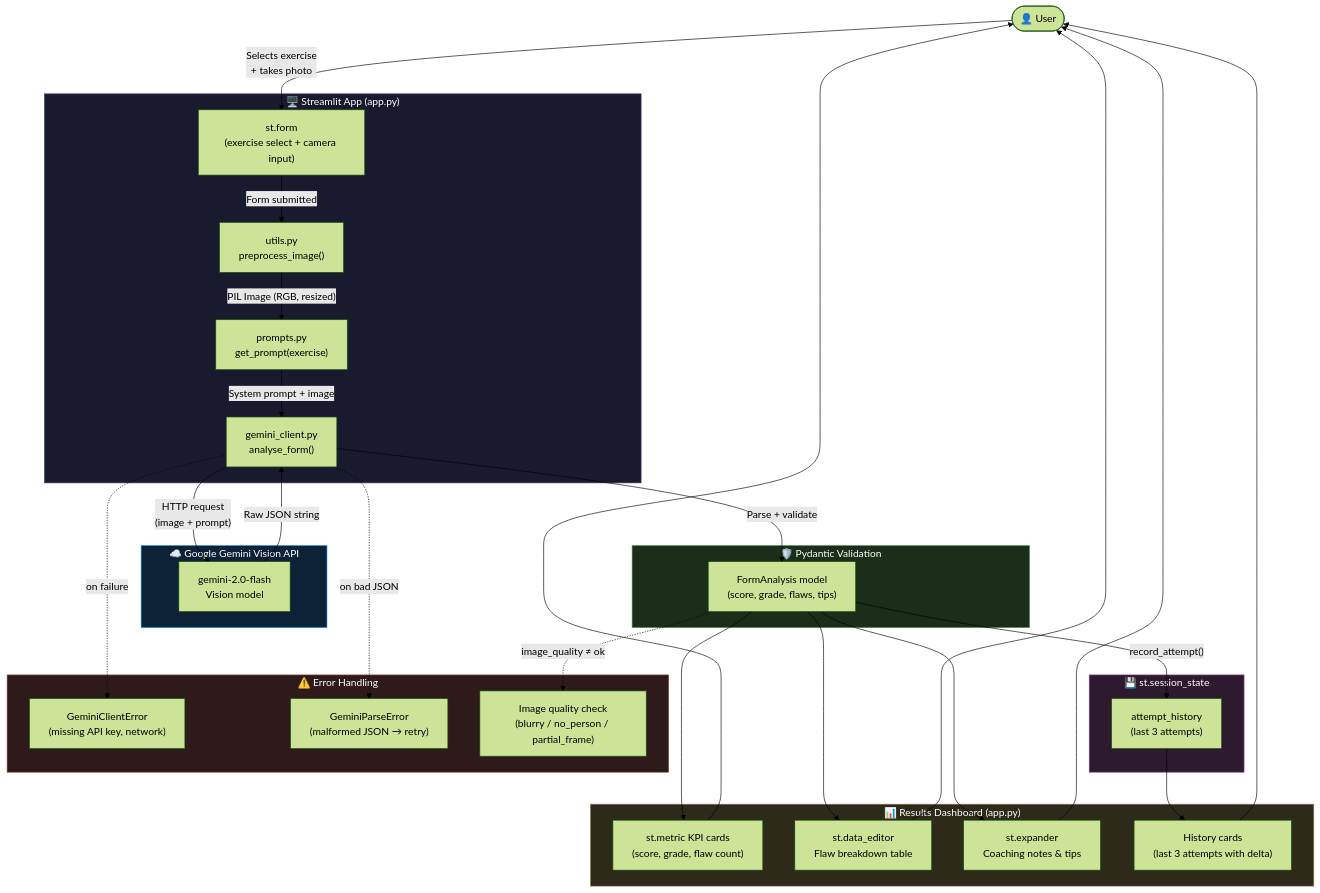
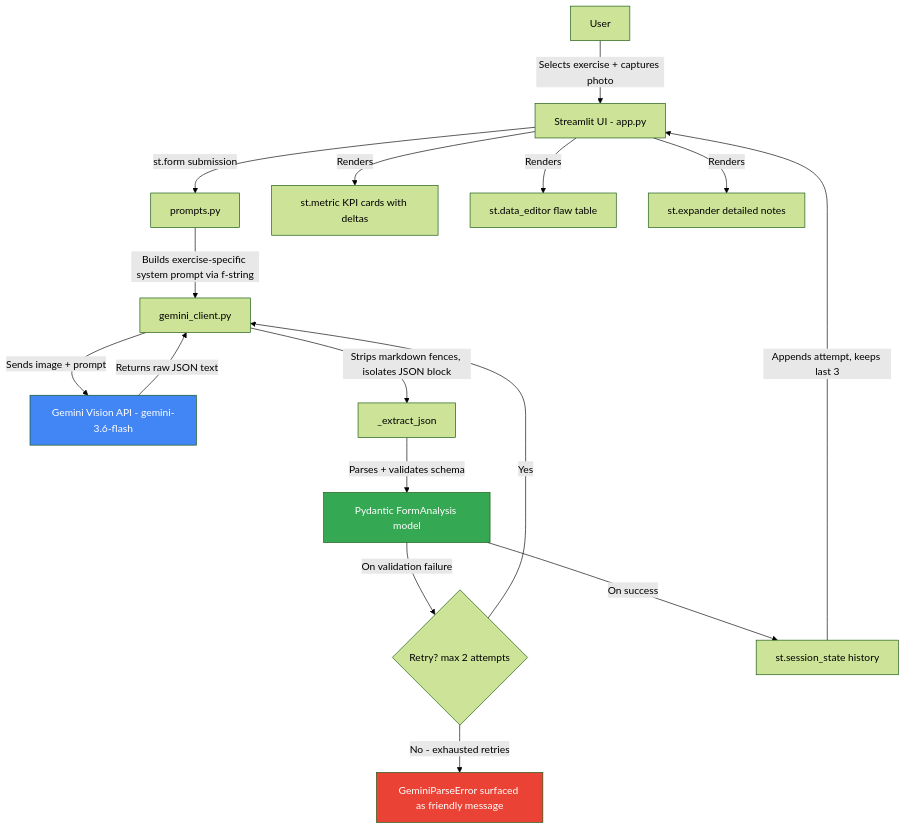
Before and after one commit to wolfyy-art/posture-check: the diagram in architecture.mmd, drawn with Mermaid (forest theme). The commit also changed 2 other files, not shown here.

Commit message:
Add terminal-style README, architecture diagram, and design doc

```diff
--- a/architecture.mmd
+++ b/architecture.mmd
@@ -1,62 +1,20 @@
 flowchart TD
-    A([👤 User]) -->|"Selects exercise\n+ takes photo"| B
+    A[User] -->|Selects exercise + captures photo| B[Streamlit UI - app.py]
+    B -->|st.form submission| C[prompts.py]
+    C -->|Builds exercise-specific system prompt via f-string| D[gemini_client.py]
+    D -->|Sends image + prompt| E[Gemini Vision API - gemini-3.6-flash]
+    E -->|Returns raw JSON text| D
+    D -->|Strips markdown fences, isolates JSON block| F[_extract_json]
+    F -->|Parses + validates schema| G[Pydantic FormAnalysis model]
+    G -->|On validation failure| H{Retry? max 2 attempts}
+    H -->|Yes| D
+    H -->|No - exhausted retries| I[GeminiParseError surfaced as friendly message]
+    G -->|On success| J[st.session_state history]
+    J -->|Appends attempt, keeps last 3| B
+    B -->|Renders| K[st.metric KPI cards with deltas]
+    B -->|Renders| L[st.data_editor flaw table]
+    B -->|Renders| M[st.expander detailed notes]
 
-    subgraph Streamlit_App ["🖥️  Streamlit App  (app.py)"]
-        B["st.form\n(exercise select + camera input)"]
-        B -->|"Form submitted"| C["utils.py\npreprocess_image()"]
-        C -->|"PIL Image (RGB, resized)"| D["prompts.py\nget_prompt(exercise)"]
-        D -->|"System prompt + image"| E["gemini_client.py\nanalyse_form()"]
-    end
-
-    subgraph Gemini_API ["☁️  Google Gemini Vision API"]
-        F["gemini-2.0-flash\nVision model"]
-    end
-
-    E -->|"HTTP request\n(image + prompt)"| F
-    F -->|"Raw JSON string"| E
-
-    subgraph Validation ["🛡️  Pydantic Validation"]
-        G["FormAnalysis model\n(score, grade, flaws, tips)"]
-    end
-
-    E -->|"Parse + validate"| G
-
-    subgraph Session_State ["💾  st.session_state"]
-        H["attempt_history\n(last 3 attempts)"]
-    end
-
-    G -->|"record_attempt()"| H
-
-    subgraph Results_Dashboard ["📊  Results Dashboard  (app.py)"]
-        I["st.metric KPI cards\n(score, grade, flaw count)"]
-        J["st.data_editor\nFlaw breakdown table"]
-        K["st.expander\nCoaching notes & tips"]
-        L["History cards\n(last 3 attempts with delta)"]
-    end
-
-    G --> I
-    G --> J
-    G --> K
-    H --> L
-
-    I --> A
-    J --> A
-    K --> A
-    L --> A
-
-    subgraph Error_Handling ["⚠️  Error Handling"]
-        M["GeminiClientError\n(missing API key, network)"]
-        N["GeminiParseError\n(malformed JSON → retry)"]
-        O["Image quality check\n(blurry / no_person / partial_frame)"]
-    end
-
-    E -.->|"on failure"| M
-    E -.->|"on bad JSON"| N
-    G -.->|"image_quality ≠ ok"| O
-
-    style Streamlit_App fill:#1a1a2e,stroke:#4a4a8a,color:#fff
-    style Gemini_API fill:#0d2137,stroke:#1e88e5,color:#fff
-    style Validation fill:#1a2e1a,stroke:#4a8a4a,color:#fff
-    style Session_State fill:#2e1a2e,stroke:#8a4a8a,color:#fff
-    style Results_Dashboard fill:#2e2a1a,stroke:#8a7a4a,color:#fff
-    style Error_Handling fill:#2e1a1a,stroke:#8a4a4a,color:#fff
+    style E fill:#4285F4,color:#fff
+    style G fill:#34A853,color:#fff
+    style I fill:#EA4335,color:#fff
```
